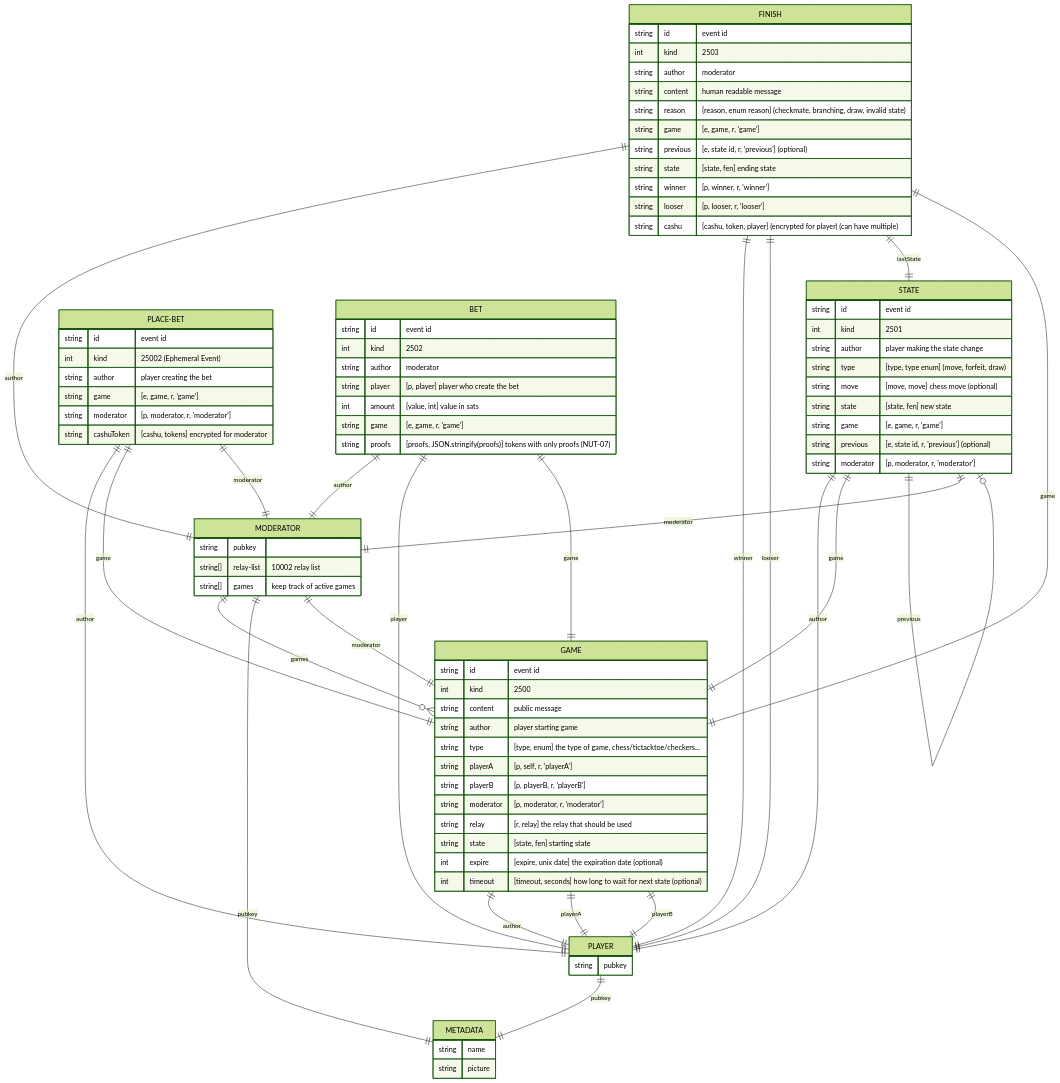
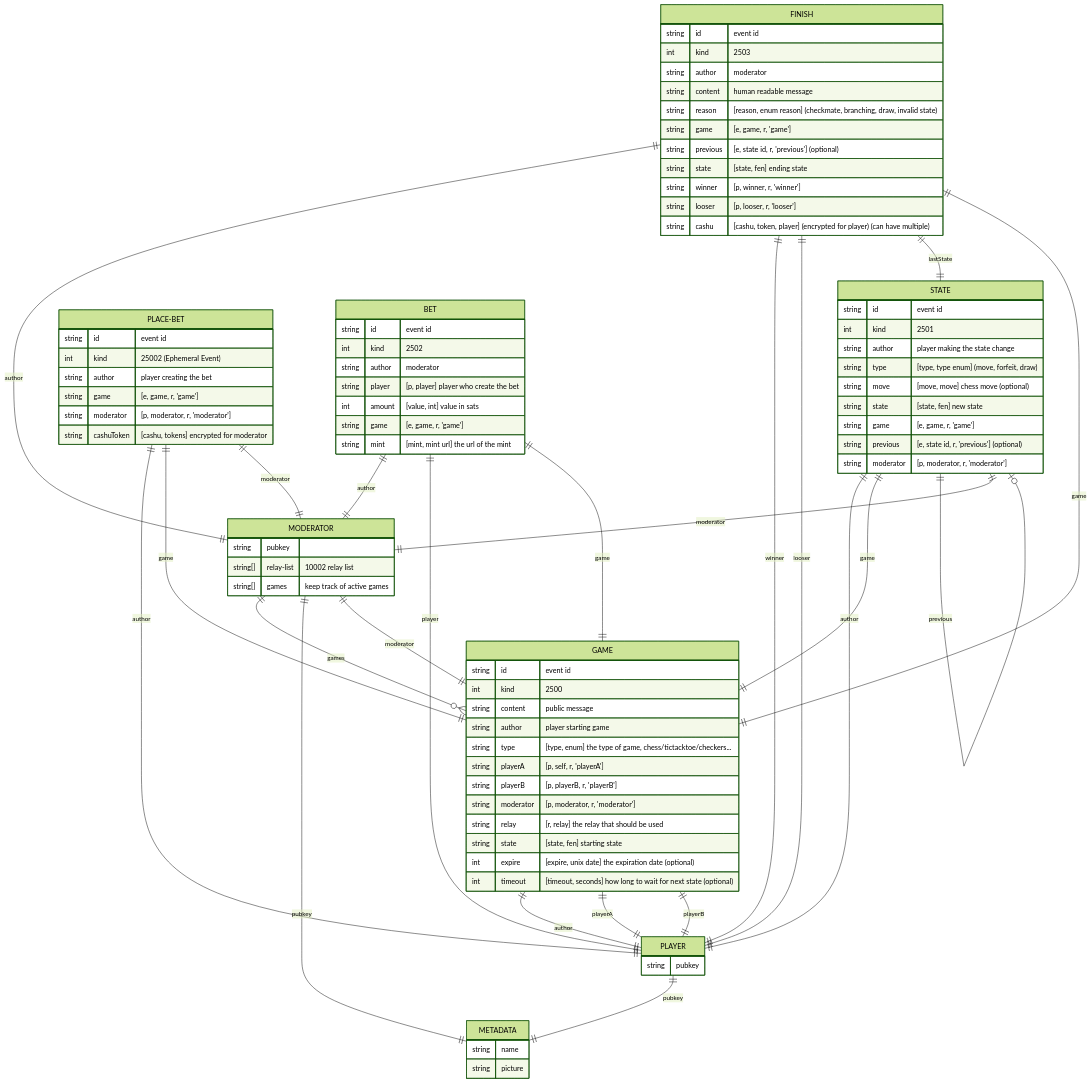
One commit to hzrd149/chessnut changed the first of 2 diagrams in README.md. Above: the diagram before and after it, drawn with Mermaid (forest theme). The commit also changed 22 other files, not shown here.

```diff
--- a/README.md
+++ b/README.md
@@ -79,7 +79,7 @@
         string player "[p, player] player who create the bet"
         int amount "[value, int] value in sats"
         string game "[e, game, r, 'game']"
-        string proofs "[proofs, JSON.stringify(proofs)] tokens with only proofs (NUT-07)"
+        string mint "[mint, mint url] the url of the mint"
     }
     BET ||--|| MODERATOR : author
     BET ||--|| PLAYER : player
```
